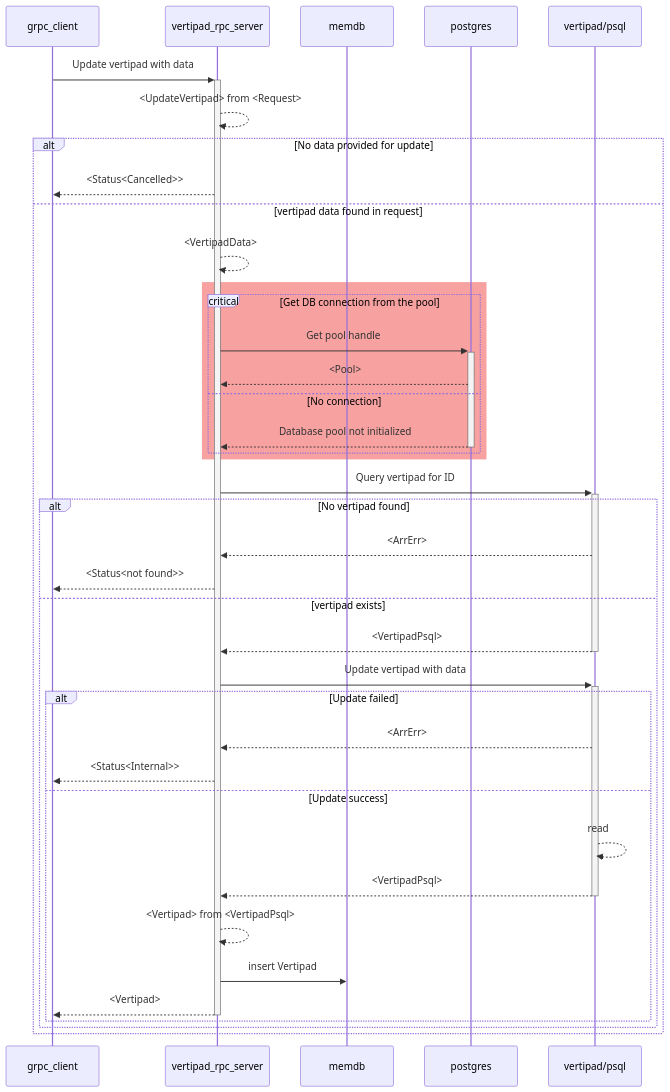
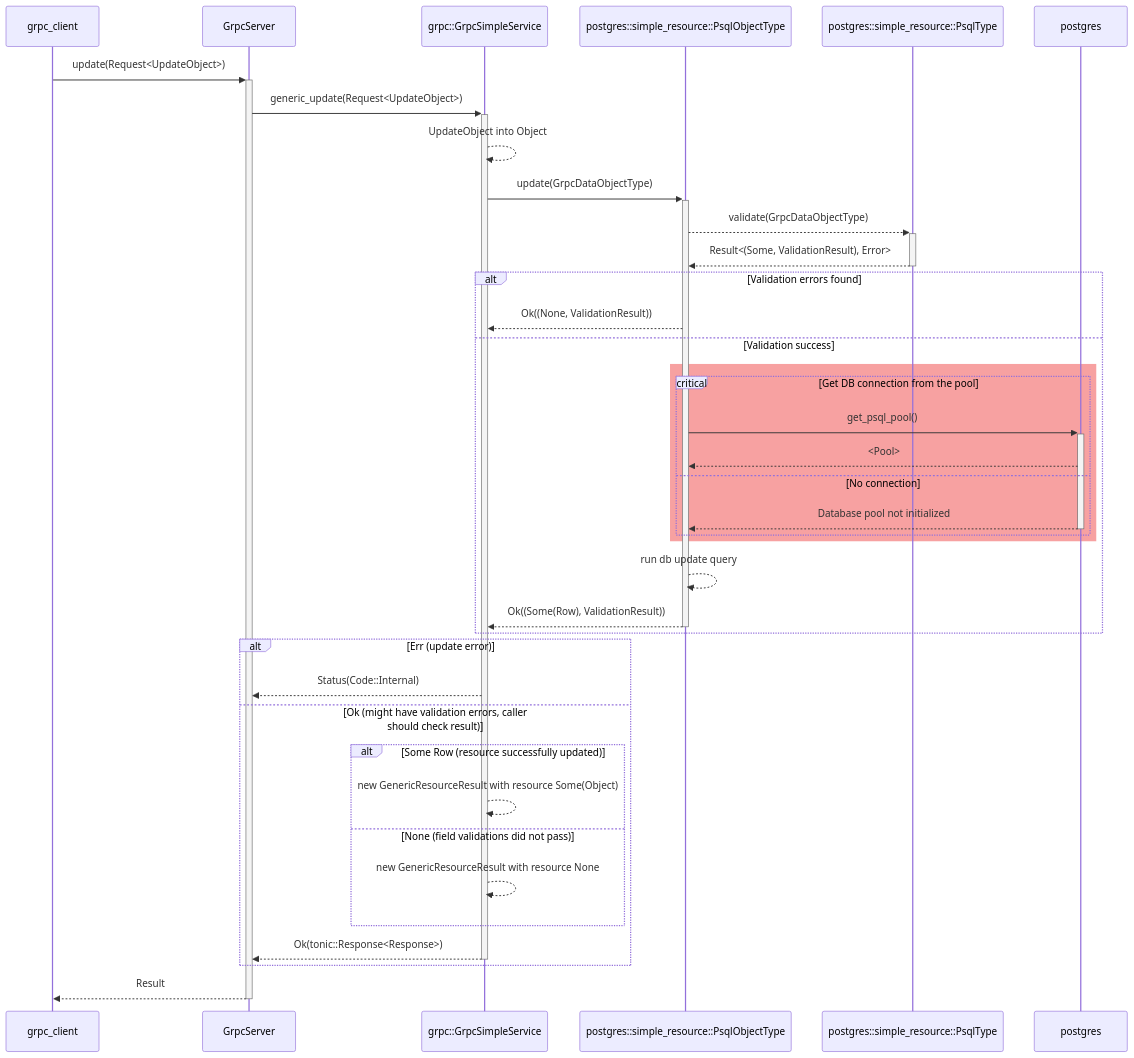
The sixth of 13 diagrams in docs/sdd.md (aetheric-oss/svc-storage), drawn with Mermaid before and after one commit. The commit also changed other lines of this file and 2 other files, not shown here.

````diff
--- a/docs/sdd.md
+++ b/docs/sdd.md
@@ -269,41 +279,40 @@
 ```mermaid
 sequenceDiagram
     participant client as grpc_client
-    participant grpc as vertipad_rpc_server
-    participant memdb as memdb
+    participant grpc_server as GrpcServer
+    participant grpc_service as grpc::GrpcSimpleService
+    participant psql_simple_object as postgres::simple_resource::PsqlObjectType
+    participant psql_simple as postgres::simple_resource::PsqlType
     participant psql as postgres
-    participant psql_vp as vertipad/psql
-    client->>+grpc: Update vertipad with data
-    grpc-->>grpc: <UpdateVertipad> from <Request>
-    alt No data provided for update
-        grpc-->>client: <Status<Cancelled>>
-    else vertipad data found in request
-        grpc-->>grpc: <VertipadData>
+    client->>+grpc_server: update(Request<UpdateObject>)
+    grpc_server->>+grpc_service: generic_update(Request<UpdateObject>)
+    grpc_service-->>grpc_service: UpdateObject into Object
+    grpc_service->>+psql_simple_object: update(GrpcDataObjectType)
+    psql_simple_object-->>+psql_simple: validate(GrpcDataObjectType)
+    psql_simple-->>-psql_simple_object: Result<(Some, ValidationResult), Error>
+    alt Validation errors found
+        psql_simple_object-->>grpc_service: Ok((None, ValidationResult))
+    else Validation success
         rect rgb(247, 161, 161)
             critical Get DB connection from the pool
-                grpc->>+psql: Get pool handle
-                psql-->>grpc: <Pool>
+                psql_simple_object->>+psql: get_psql_pool()
+                psql-->>psql_simple_object: <Pool>
             option No connection
-                psql-->>-grpc: Database pool not initialized
+                psql-->>-psql_simple_object: Database pool not initialized
             end
         end
-        grpc->>+psql_vp: Query vertipad for ID
-        alt No vertipad found
-            psql_vp-->>grpc: <ArrErr>
-            grpc-->>client: <Status<not found>>
-        else vertipad exists
-            psql_vp-->>-grpc: <VertipadPsql>
-            grpc->>+psql_vp: Update vertipad with data
-            alt Update failed
-                psql_vp-->>grpc: <ArrErr>
-                grpc-->>client: <Status<Internal>>
-            else Update success
-                psql_vp-->>psql_vp: read
-                psql_vp-->>-grpc: <VertipadPsql>
-                grpc-->>grpc: <Vertipad> from <VertipadPsql>
-                grpc->>memdb: insert Vertipad
-                grpc-->>-client: <Vertipad>
-            end
+        psql_simple_object-->>psql_simple_object: run db update query
+        psql_simple_object-->>-grpc_service: Ok((Some(Row), ValidationResult))
+    end
+    alt Err (update error)
+        grpc_service-->>grpc_server: Status(Code::Internal)
+    else Ok (might have validation errors, caller should check result)
+        alt Some Row (resource successfully updated)
+            grpc_service-->>grpc_service: new GenericResourceResult with resource Some(Object)
+        else None (field validations did not pass)
+            grpc_service-->>grpc_service: new GenericResourceResult with resource None
         end
+        grpc_service-->>-grpc_server: Ok(tonic::Response<Response>)
     end
+    grpc_server-->>-client: Result
 ```
````
